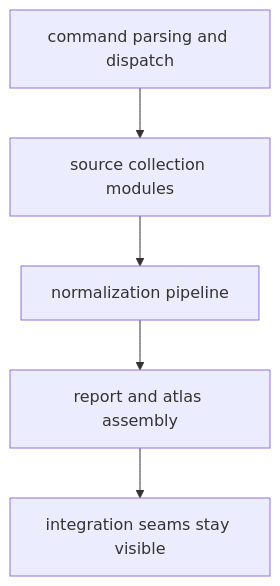
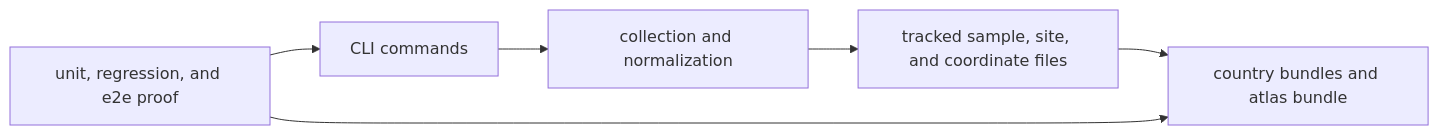
Before and after one commit to bijux/bijux-pollenomics: the diagram in docs/01-bijux-pollenomics/architecture/index.md, drawn with Mermaid. The commit also changed other lines of this file and 53 other files, not shown here.

````diff
--- a/docs/01-bijux-pollenomics/architecture/index.md
+++ b/docs/01-bijux-pollenomics/architecture/index.md
@@ -19,13 +18,14 @@
 ```mermaid
-flowchart TB
-    command["command parsing and dispatch"]
-    collection["source collection modules"]
-    normalization["normalization pipeline"]
-    publication["report and atlas assembly"]
-    seams["integration seams stay visible"]
+flowchart LR
+    commands["CLI commands"]
+    collection["collection and normalization"]
+    evidence["tracked sample, site, and coordinate files"]
+    reports["country bundles and atlas bundle"]
+    checks["unit, regression, and e2e proof"]
 
-    command --> collection
-    collection --> normalization
-    normalization --> publication
-    publication --> seams
+    commands --> collection
+    collection --> evidence
+    evidence --> reports
+    checks --> commands
+    checks --> reports
 ```
````
